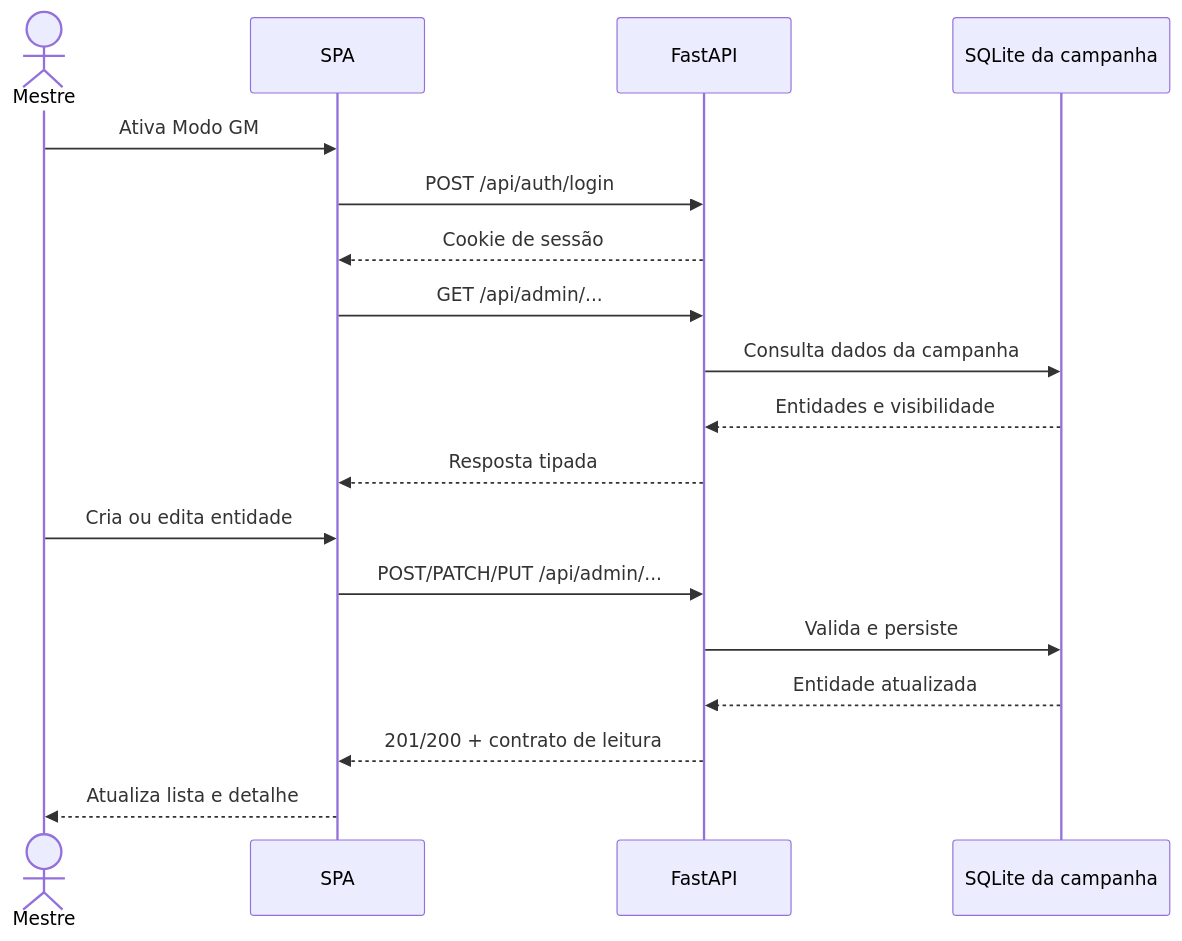
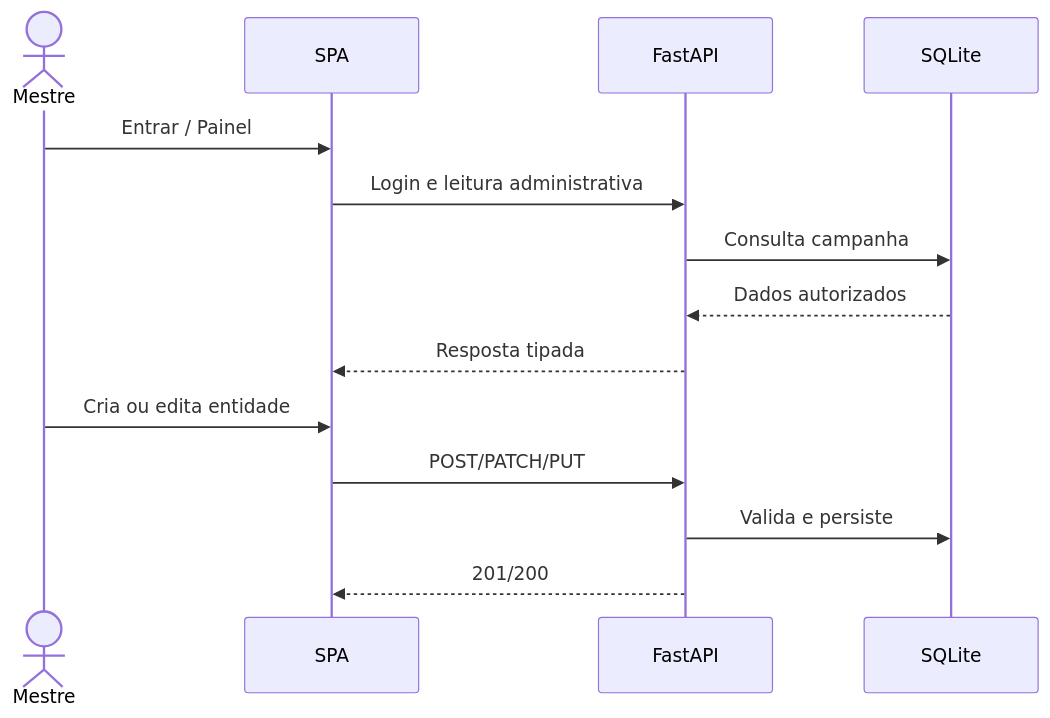
One commit to ricardopiloto/interactive-map changed the fifth of 15 diagrams in docs/flows.md. Above: the diagram before and after it, drawn with Mermaid. The commit also changed other lines of this file and 19 other files, not shown here.

````diff
--- a/docs/flows.md
+++ b/docs/flows.md
@@ -21,20 +79,16 @@
 ```mermaid
 sequenceDiagram
   actor GM as Mestre
   participant UI as SPA
   participant API as FastAPI
-  participant DB as SQLite da campanha
-  GM->>UI: Ativa Modo GM
-  UI->>API: POST /api/auth/login
-  API-->>UI: Cookie de sessão
-  UI->>API: GET /api/admin/...
-  API->>DB: Consulta dados da campanha
-  DB-->>API: Entidades e visibilidade
+  participant DB as SQLite
+  GM->>UI: Entrar / Painel
+  UI->>API: Login e leitura administrativa
+  API->>DB: Consulta campanha
+  DB-->>API: Dados autorizados
   API-->>UI: Resposta tipada
   GM->>UI: Cria ou edita entidade
-  UI->>API: POST/PATCH/PUT /api/admin/...
+  UI->>API: POST/PATCH/PUT
   API->>DB: Valida e persiste
-  DB-->>API: Entidade atualizada
-  API-->>UI: 201/200 + contrato de leitura
-  UI-->>GM: Atualiza lista e detalhe
+  API-->>UI: 201/200
 ```
````
